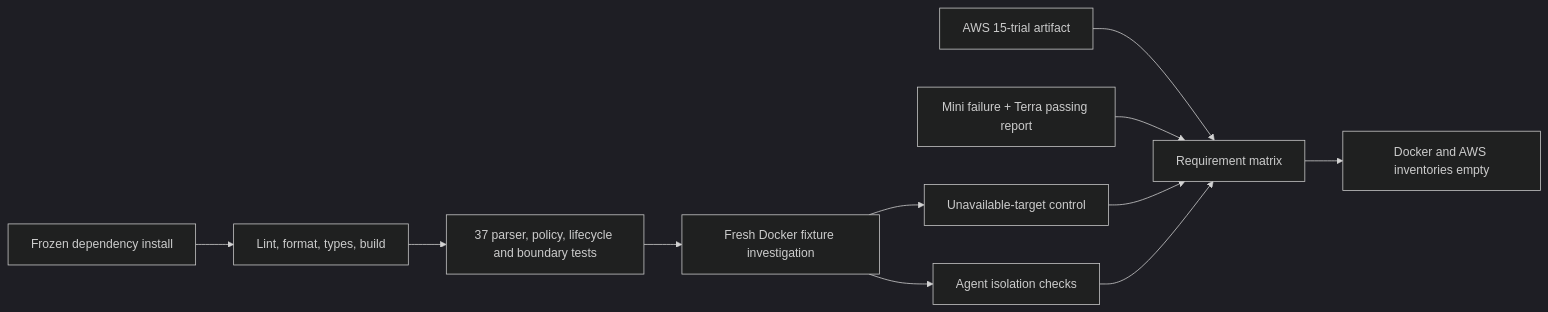
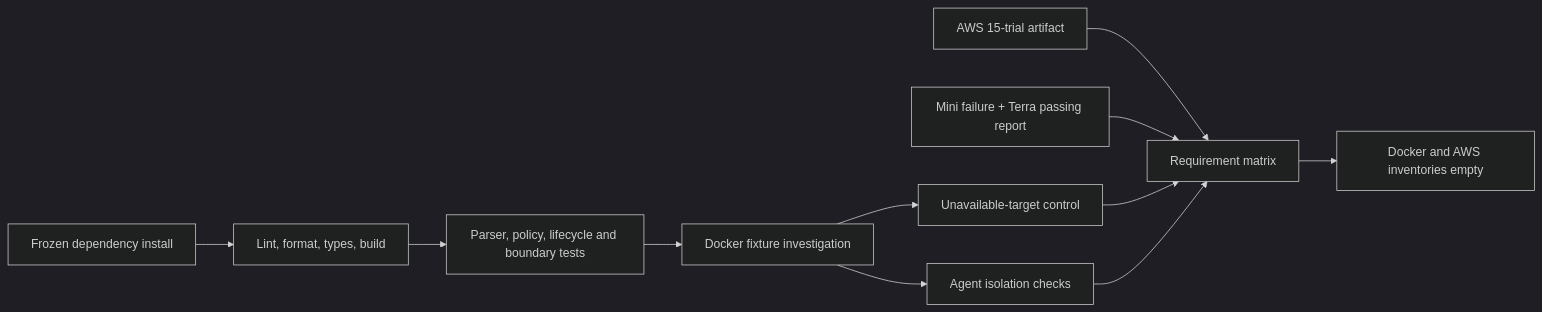
Before and after one commit to Qingyu255/Linux-Oncall-Agent: the diagram in docs/requirements-verification.md, drawn with Mermaid (dark theme). The commit also changed other lines of this file and 1 other file, not shown here.

````diff
--- a/docs/requirements-verification.md
+++ b/docs/requirements-verification.md
@@ -9,13 +9,13 @@
 ```mermaid
 flowchart LR
     Install[Frozen dependency install] --> Static[Lint, format, types, build]
-    Static --> Unit[37 parser, policy, lifecycle and boundary tests]
-    Unit --> Local[Fresh Docker fixture investigation]
+    Static --> Unit[Parser, policy, lifecycle and boundary tests]
+    Unit --> Local[Docker fixture investigation]
     Local --> Failure[Unavailable-target control]
     Local --> Sandbox[Agent isolation checks]
     History[AWS 15-trial artifact] --> Matrix[Requirement matrix]
     Live[Mini failure + Terra passing report] --> Matrix
     Failure --> Matrix
     Sandbox --> Matrix
     Matrix --> Teardown[Docker and AWS inventories empty]
 ```
````
